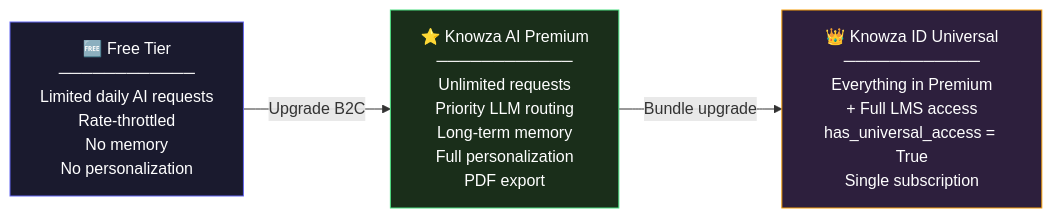
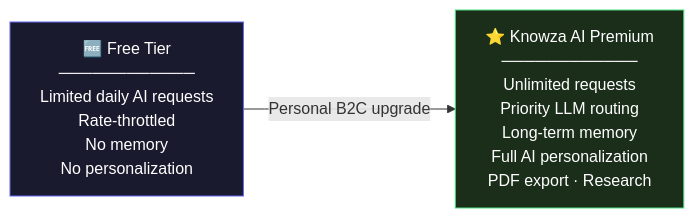
One commit to Jonizz-s-Team/Knowza-Overview changed the second of 4 diagrams in docs/AI_ARCHITECTURE.md. Above: the diagram before and after it, drawn with Mermaid. The commit also changed other lines of this file and 3 other files, not shown here.

Commit message:
docs: add AI features and architecture documentation and record version 2.8.0 release notes.

````diff
--- a/docs/AI_ARCHITECTURE.md
+++ b/docs/AI_ARCHITECTURE.md
@@ -135,13 +134,10 @@
 ```mermaid
 graph LR
     FREE["🆓 Free Tier\n────────────\nLimited daily AI requests\nRate-throttled\nNo memory\nNo personalization"]
-    PREMIUM["⭐ Knowza AI Premium\n────────────\nUnlimited requests\nPriority LLM routing\nLong-term memory\nFull personalization\nPDF export"]
-    UNIVERSAL["👑 Knowza ID Universal\n────────────\nEverything in Premium\n+ Full LMS access\nhas_universal_access = True\nSingle subscription"]
+    PREMIUM["⭐ Knowza AI Premium\n────────────\nUnlimited requests\nPriority LLM routing\nLong-term memory\nFull AI personalization\nPDF export · Research"]
 
-    FREE -->|Upgrade B2C| PREMIUM
-    PREMIUM -->|Bundle upgrade| UNIVERSAL
+    FREE -->|Personal B2C upgrade| PREMIUM
 
     style FREE fill:#1a1a2e,stroke:#6366f1,color:#fff
     style PREMIUM fill:#1a2e1a,stroke:#4ade80,color:#fff
-    style UNIVERSAL fill:#2d1f3d,stroke:#f59e0b,color:#fff
 ```
````
